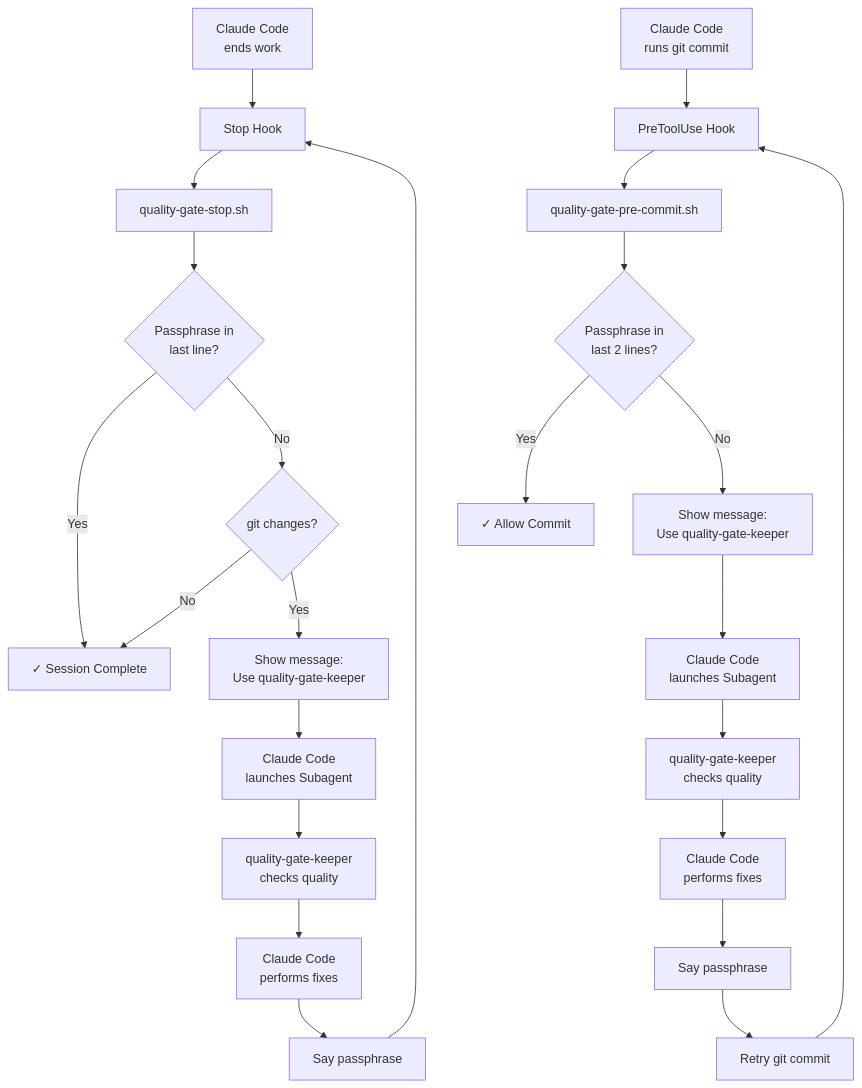
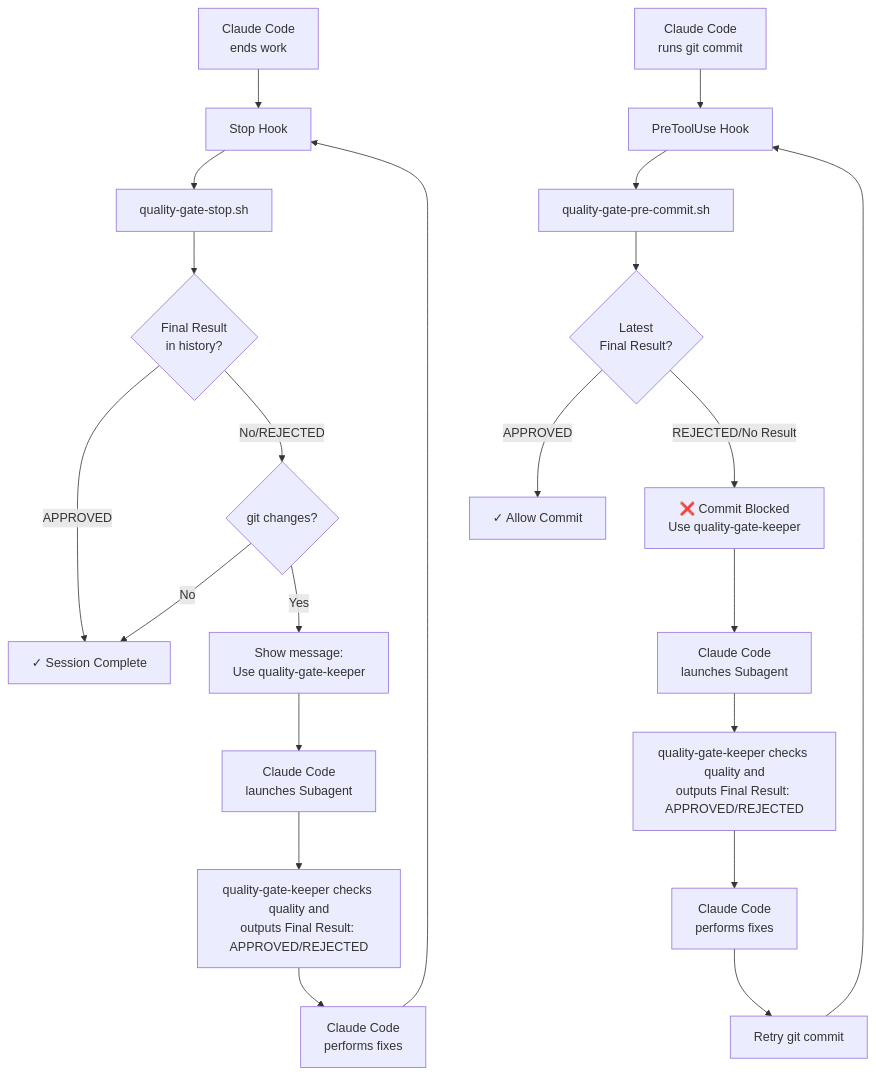
The diagram in README.md (takahirom/claude-code-quality-gate-example), drawn with Mermaid before and after one commit. The commit also changed other lines of this file and 4 other files, not shown here.

Commit message:
Update quality gate system to verdict-based approach

````diff
--- a/README.md
+++ b/README.md
@@ -64,27 +66,25 @@
 ```mermaid
 flowchart TD
     A[Claude Code<br/>ends work] --> B[Stop Hook] 
     B --> C[quality-gate-stop.sh]
-    C --> D{Passphrase in<br/>last line?}
-    D -->|Yes| E[✓ Session Complete]
-    D -->|No| F{git changes?}
+    C --> D{Final Result<br/>in history?}
+    D -->|APPROVED| E[✓ Session Complete]
+    D -->|No/REJECTED| F{git changes?}
     F -->|No| E
     F -->|Yes| G[Show message:<br/>Use quality-gate-keeper]
     G --> H[Claude Code<br/>launches Subagent]
-    H --> I[quality-gate-keeper<br/>checks quality]
+    H --> I[quality-gate-keeper checks quality and<br/>outputs Final Result: APPROVED/REJECTED]
     I --> J[Claude Code<br/>performs fixes]
-    J --> K[Say passphrase]
-    K --> B
+    J --> B
     
     L[Claude Code<br/>runs git commit] --> M[PreToolUse Hook] 
     M --> N[quality-gate-pre-commit.sh]
-    N --> O{Passphrase in<br/>last 2 lines?}
-    O -->|Yes| P[✓ Allow Commit]
-    O -->|No| Q[Show message:<br/>Use quality-gate-keeper]
+    N --> O{Latest<br/>Final Result?}
+    O -->|APPROVED| P[✓ Allow Commit]
+    O -->|REJECTED/No Result| Q[❌ Commit Blocked<br/>Use quality-gate-keeper]
     Q --> R[Claude Code<br/>launches Subagent]
-    R --> S[quality-gate-keeper<br/>checks quality]
+    R --> S[quality-gate-keeper checks quality and<br/>outputs Final Result: APPROVED/REJECTED]
     S --> T[Claude Code<br/>performs fixes]
-    T --> U[Say passphrase]
-    U --> V[Retry git commit]
-    V --> M
+    T --> U[Retry git commit]
+    U --> M
 ```
````
